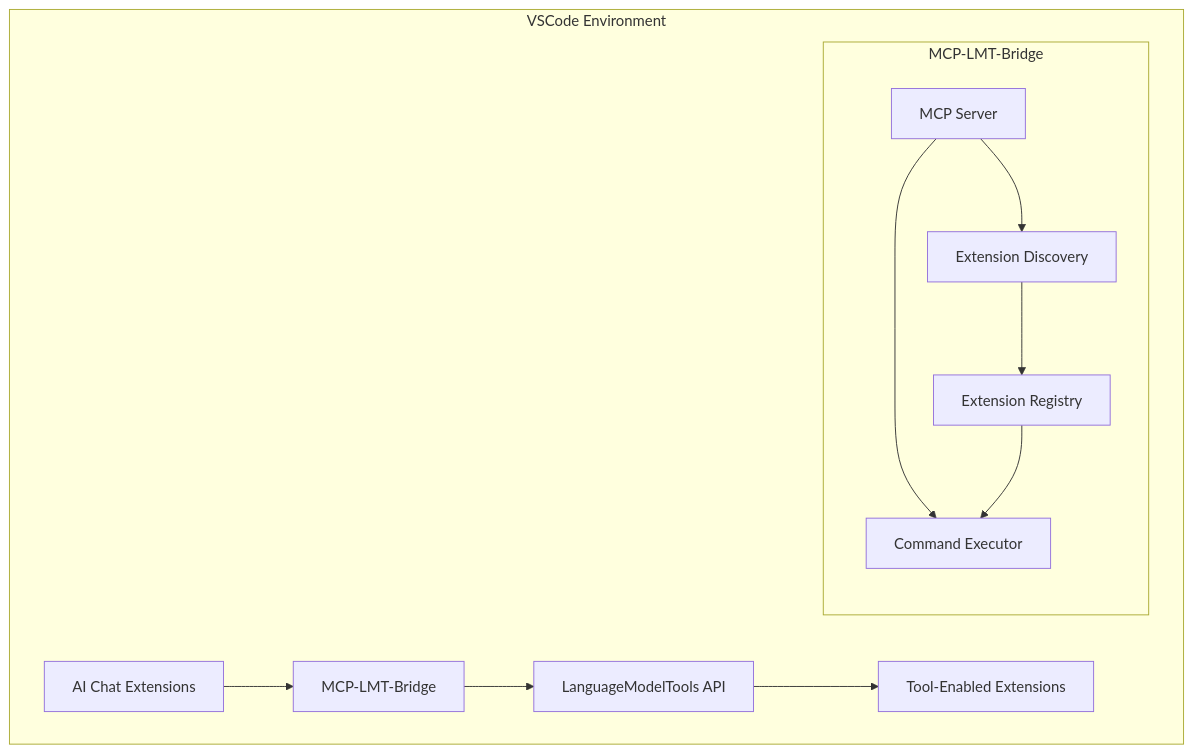
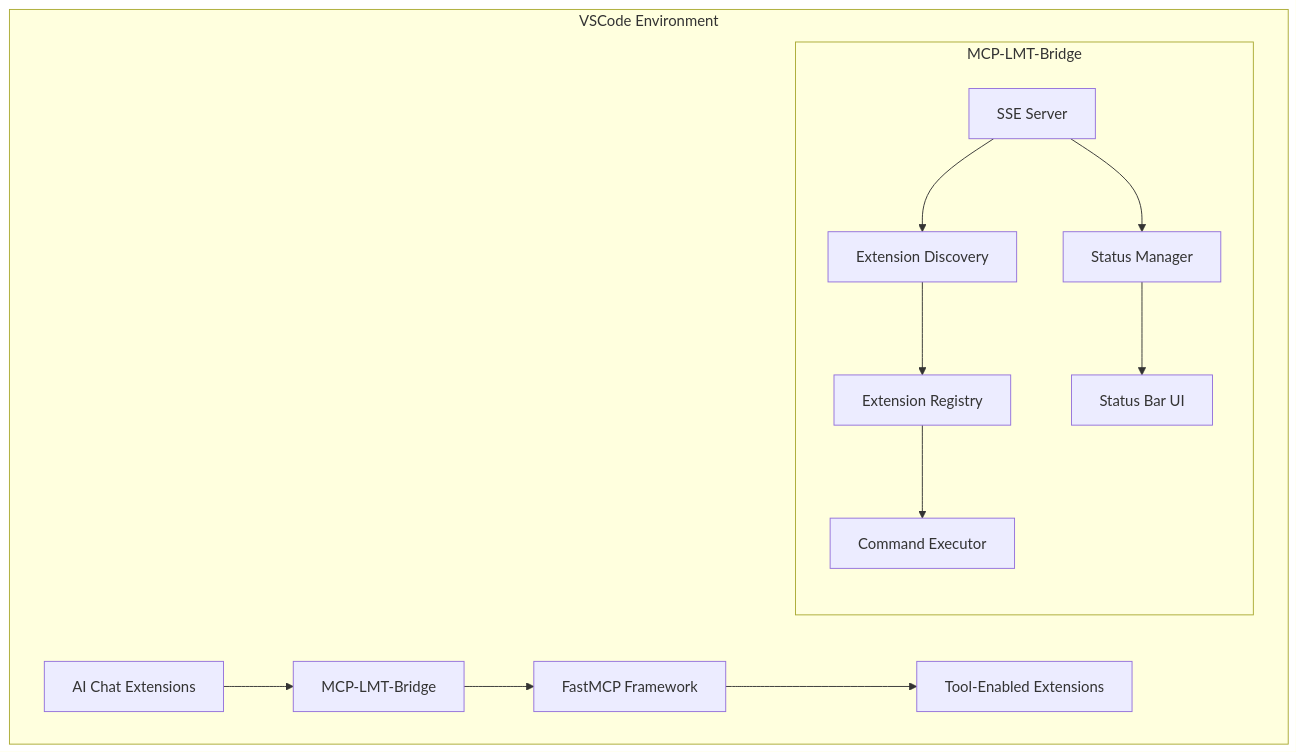
One commit to rixbeck/mcp-mlt-bridge changed the diagram in docs/README.md. Above: the diagram before and after it, drawn with Mermaid. The commit also changed other lines of this file and 6 other files, not shown here.

First line of the commit message:
[feat](docs): enhance documentation with FastMCP and SSE integration details

````diff
--- a/docs/README.md
+++ b/docs/README.md
@@ -233,15 +233,16 @@
 ```mermaid
 graph TB
     subgraph "VSCode Environment"
         AI[AI Chat Extensions] --> MCP[MCP-LMT-Bridge]
-        MCP --> LMT[LanguageModelTools API]
-        LMT --> Tools[Tool-Enabled Extensions]
+        MCP --> FastMCP[FastMCP Framework]
+        FastMCP --> Tools[Tool-Enabled Extensions]
         
         subgraph "MCP-LMT-Bridge"
-            Server[MCP Server] --> Discovery[Extension Discovery]
+            Server[SSE Server] --> Discovery[Extension Discovery]
             Discovery --> Registry[Extension Registry]
-            Server --> Executor[Command Executor]
-            Registry --> Executor
+            Server --> StatusMgr[Status Manager]
+            Registry --> Executor[Command Executor]
+            StatusMgr --> UI[Status Bar UI]
         end
     end
 ```
````
